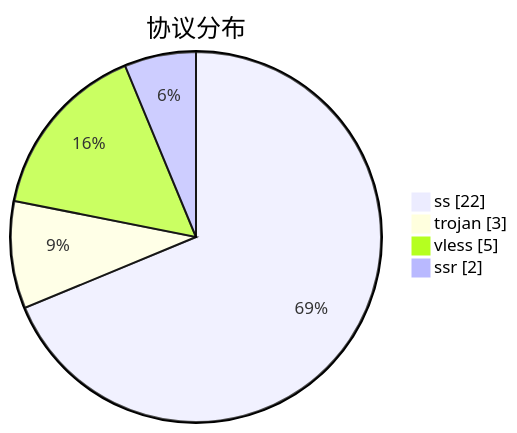
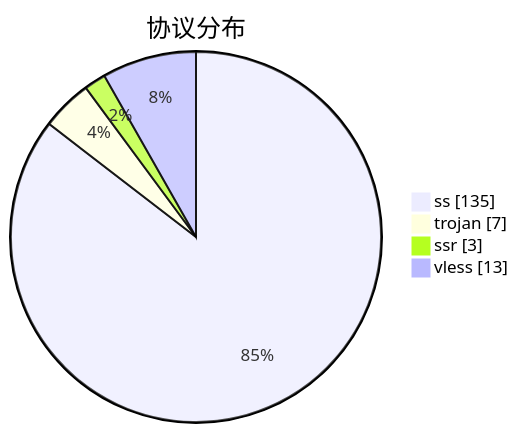
The third of 3 diagrams in subs/statistics/tested_within.md (qjlxg/airport), drawn with Mermaid before and after one commit. The commit also changed other lines of this file and 2 other files, not shown here.

````diff
--- a/subs/statistics/tested_within.md
+++ b/subs/statistics/tested_within.md
@@ -22,8 +33,8 @@
 ```mermaid
 pie showData
 title 协议分布
-"ss" : 22
-"trojan" : 3
-"vless" : 5
-"ssr" : 2
+"ss" : 135
+"trojan" : 7
+"ssr" : 3
+"vless" : 13
 ```
````
